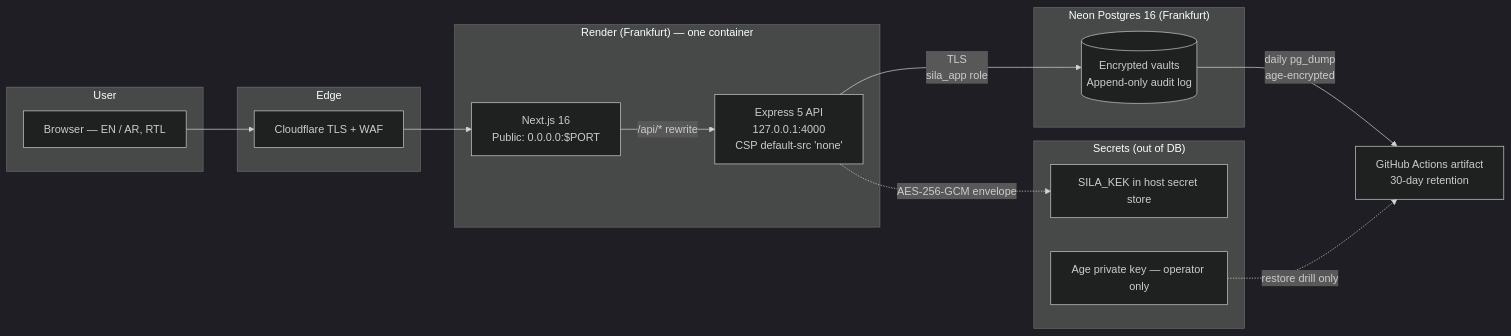
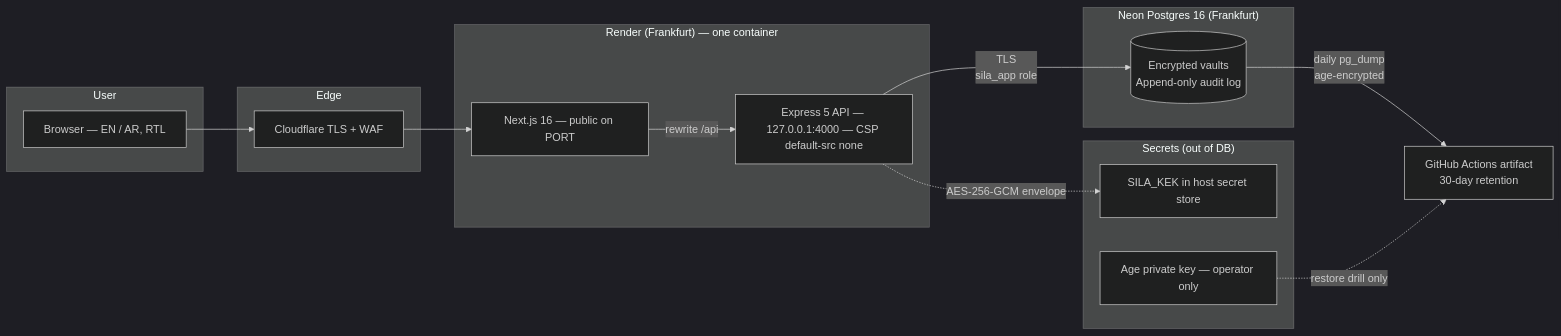
One commit to Abdullahi-Adetunji/sila changed the first of 3 diagrams in README.md. Above: the diagram before and after it, drawn with Mermaid (dark theme). The commit also changed other lines of this file, not shown here.

Commit message:
README mermaid: quote node labels that start with a slash; GitHub was parsing them as trapezoids

````diff
--- a/README.md
+++ b/README.md
@@ -31,27 +31,27 @@
 ```mermaid
 flowchart LR
     subgraph User
         B[Browser — EN / AR, RTL]
     end
     subgraph Edge
         CF[Cloudflare TLS + WAF]
     end
     subgraph Render["Render (Frankfurt) — one container"]
-        NX["Next.js 16<br/>Public: 0.0.0.0:$PORT"]
-        EX["Express 5 API<br/>127.0.0.1:4000<br/>CSP default-src 'none'"]
-        NX -->|/api/* rewrite| EX
+        NX["Next.js 16 — public on PORT"]
+        EX["Express 5 API — 127.0.0.1:4000 — CSP default-src none"]
+        NX -->|rewrite /api| EX
     end
     subgraph Neon["Neon Postgres 16 (Frankfurt)"]
         DB[(Encrypted vaults<br/>Append-only audit log)]
     end
     subgraph Keys["Secrets (out of DB)"]
         KEK[SILA_KEK in host secret store]
         AGE[Age private key — operator only]
     end
 
     B --> CF --> NX
     EX -->|TLS<br/>sila_app role| DB
     EX -.->|AES-256-GCM envelope| KEK
     DB -->|daily pg_dump<br/>age-encrypted| GHA[GitHub Actions artifact<br/>30-day retention]
     AGE -.->|restore drill only| GHA
 ```
````
